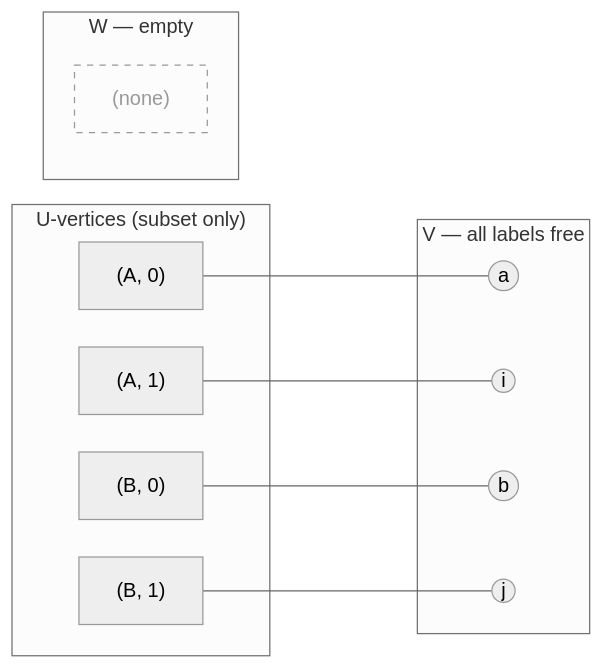
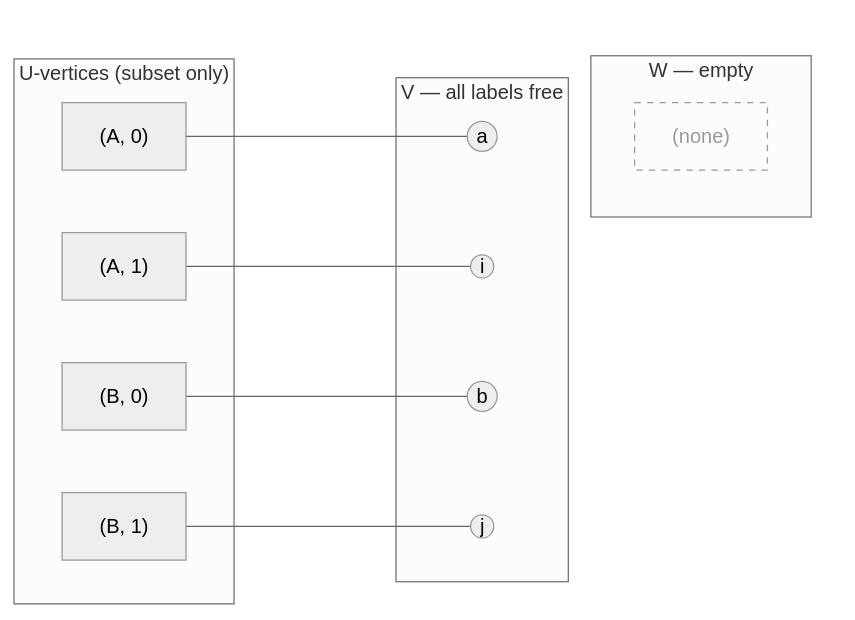
The second of 3 diagrams in docs/explanation/subgraph-symmetry.md (AIcrowd/whest), drawn with Mermaid before and after one commit.

Commit message:
docs: anchor W subgraph below V in subset diagram

````diff
--- a/docs/explanation/subgraph-symmetry.md
+++ b/docs/explanation/subgraph-symmetry.md
@@ -112,22 +112,27 @@
 ```mermaid
-%%{init: {'theme': 'neutral', 'flowchart': {'nodeSpacing': 30, 'subGraphTitleMargin': {'bottom': 5}}}}%%
+%%{init: {'theme': 'neutral'}}%%
 flowchart LR
     A0["(A, 0)"] ----- a((a))
     A1["(A, 1)"] ----- i((i))
     B0["(B, 0)"] ----- b((b))
     B1["(B, 1)"] ----- j((j))
 
     subgraph U ["U-vertices (subset only)"]
         A0; A1; B0; B1
     end
 
-    subgraph V ["V — all labels free"]
-        a; i; b; j
+    subgraph right [" "]
+        subgraph V ["V — all labels free"]
+            a; i; b; j
+        end
+
+        subgraph W ["W — empty"]
+            w_none["(none)"]
+        end
+
+        V ~~~ W
     end
 
-    subgraph W ["W — empty"]
-        w_none["(none)"]
-    end
-
+    style right fill:none,stroke:none
     style w_none fill:none,stroke-dasharray: 5 5,stroke:#999,color:#999
 ```
````
